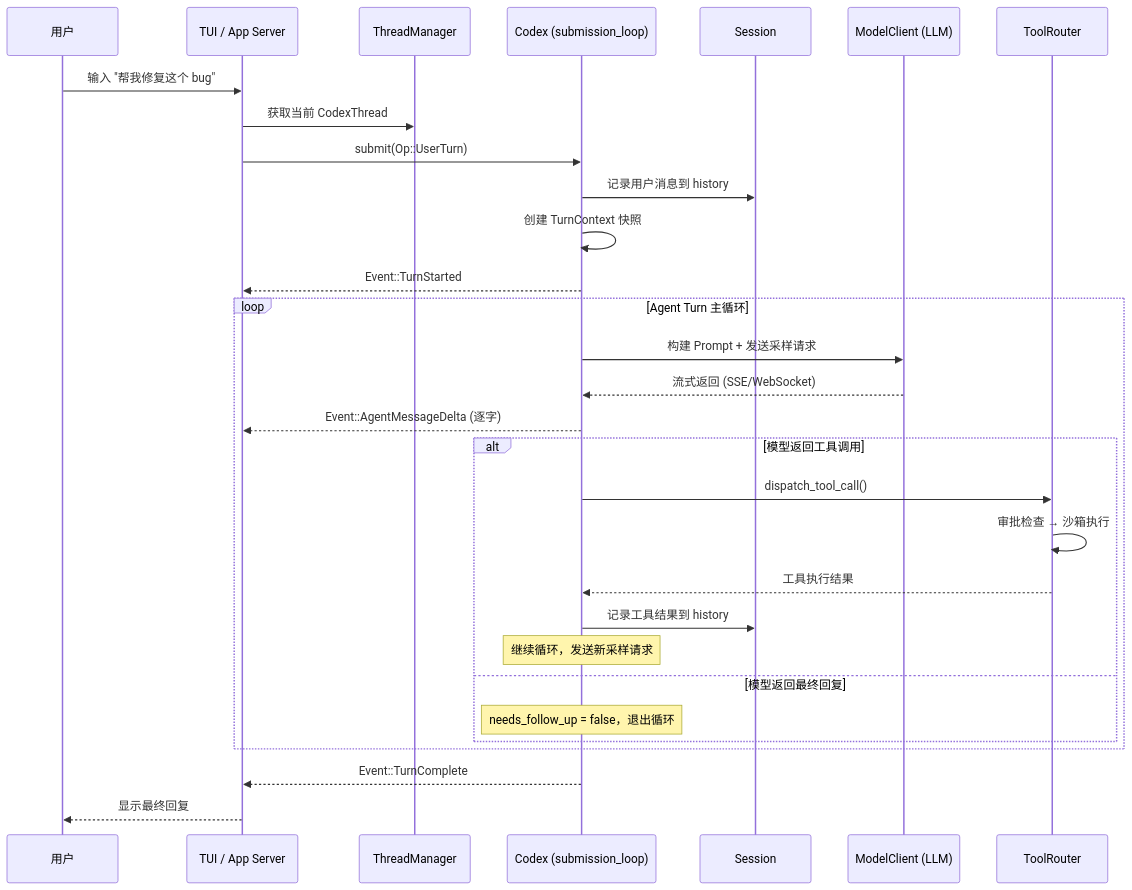
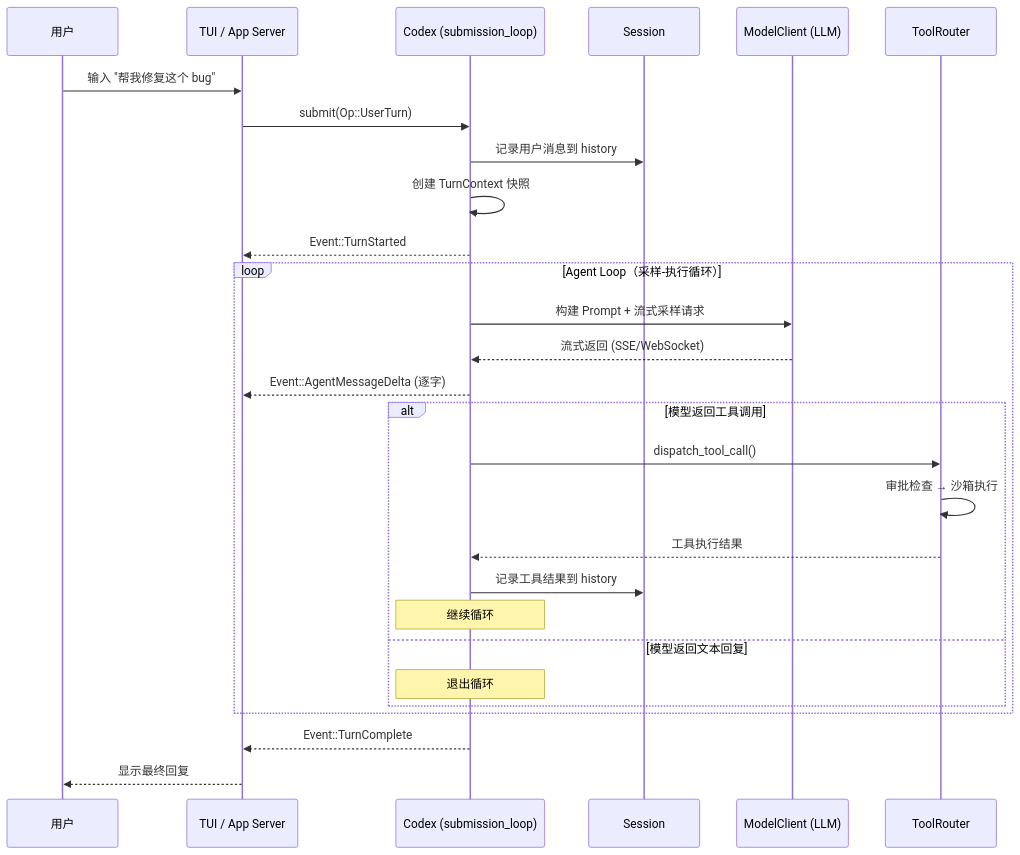
Before and after one commit to yibn2008/learn-codex: the second of 6 diagrams in wiki/01-architecture-overview.md, drawn with Mermaid. The commit also changed other lines of this file and 10 other files, not shown here.

First line of the commit message:
docs: rewrite ch01 architecture overview, renumber chapters, fix crate descriptions

````diff
--- a/wiki/01-architecture-overview.md
+++ b/wiki/01-architecture-overview.md
@@ -220,37 +57,35 @@
 ```mermaid
 sequenceDiagram
     participant U as 用户
     participant TUI as TUI / App Server
-    participant TM as ThreadManager
     participant CDX as Codex (submission_loop)
     participant SESS as Session
     participant LLM as ModelClient (LLM)
     participant TOOL as ToolRouter
 
     U->>TUI: 输入 "帮我修复这个 bug"
-    TUI->>TM: 获取当前 CodexThread
     TUI->>CDX: submit(Op::UserTurn)
 
     CDX->>SESS: 记录用户消息到 history
     CDX->>CDX: 创建 TurnContext 快照
     CDX-->>TUI: Event::TurnStarted
 
-    loop Agent Turn 主循环
-        CDX->>LLM: 构建 Prompt + 发送采样请求
+    loop Agent Loop（采样-执行循环）
+        CDX->>LLM: 构建 Prompt + 流式采样请求
         LLM-->>CDX: 流式返回 (SSE/WebSocket)
         CDX-->>TUI: Event::AgentMessageDelta (逐字)
 
         alt 模型返回工具调用
             CDX->>TOOL: dispatch_tool_call()
             TOOL->>TOOL: 审批检查 → 沙箱执行
             TOOL-->>CDX: 工具执行结果
             CDX->>SESS: 记录工具结果到 history
-            Note over CDX: 继续循环，发送新采样请求
-        else 模型返回最终回复
-            Note over CDX: needs_follow_up = false，退出循环
+            Note over CDX: 继续循环
+        else 模型返回文本回复
+            Note over CDX: 退出循环
         end
     end
 
     CDX-->>TUI: Event::TurnComplete
     TUI-->>U: 显示最终回复
 ```
````
